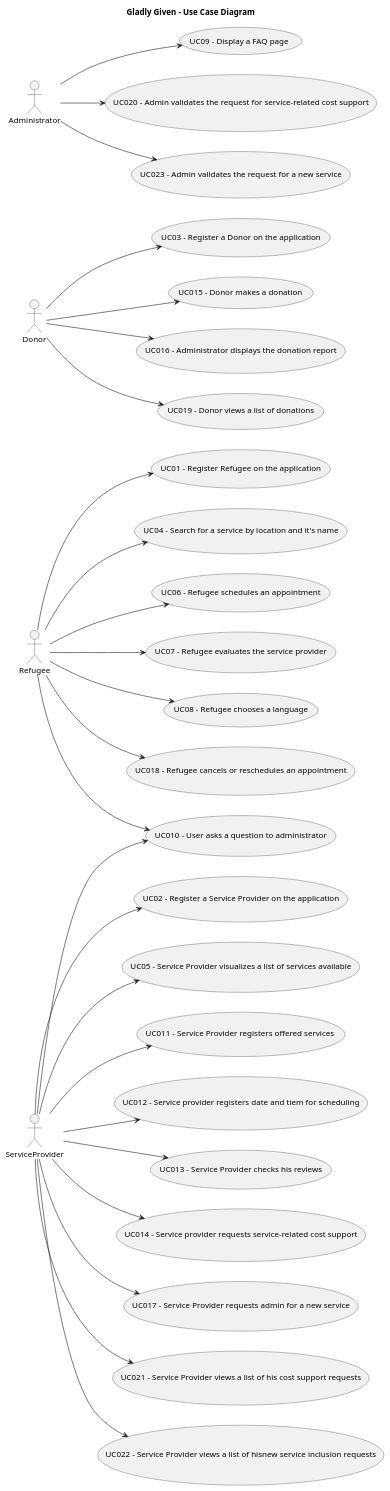
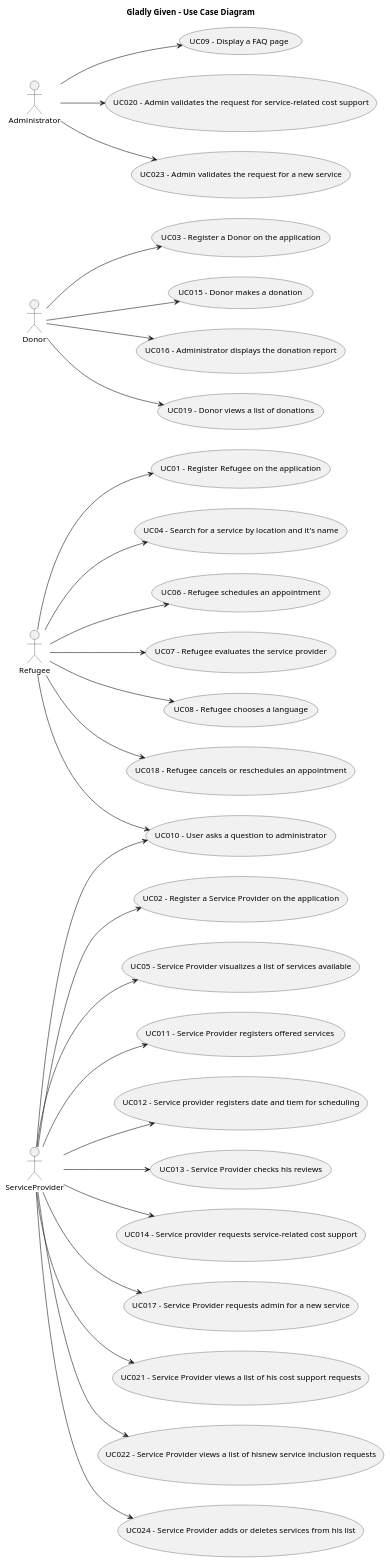
The diagram in javaSprint2GladlyGiven/Docs/Use Case Diagram.puml (Chirano/GladlyGiven), drawn with PlantUML before and after one commit. The commit also changed 10 other files, not shown here.

```diff
--- a/javaSprint2GladlyGiven/Docs/Use Case Diagram.puml
+++ b/javaSprint2GladlyGiven/Docs/Use Case Diagram.puml
@@ -1,64 +1,66 @@
 @startuml
 'https://plantuml.com/use-case-diagram
 
 left to right direction
 'top to bottom direction
 title Gladly Given - Use Case Diagram
 
 actor "Refugee" as Ref
 actor "Donor" as Don
 actor "ServiceProvider" as Pro
 actor "Administrator" as Adm
 
 usecase "UC01 - Register Refugee on the application" as UC01
 usecase "UC02 - Register a Service Provider on the application" as UC02
 usecase "UC03 - Register a Donor on the application" as UC03
 usecase "UC04 - Search for a service by location and it's name" as UC04
 usecase "UC05 - Service Provider visualizes a list of services available" as UC05
 usecase "UC06 - Refugee schedules an appointment" as UC06
 usecase "UC07 - Refugee evaluates the service provider" as UC07
 usecase "UC08 - Refugee chooses a language" as UC08
 usecase "UC09 - Display a FAQ page" as UC09
 usecase "UC010 - User asks a question to administrator" as UC010
 usecase "UC011 - Service Provider registers offered services " as UC011
 usecase "UC012 - Service provider registers date and tiem for scheduling" as UC012
 usecase "UC013 - Service Provider checks his reviews" as UC013
 usecase "UC014 - Service provider requests service-related cost support" as UC014
 usecase "UC015 - Donor makes a donation" as UC015
 usecase "UC016 - Administrator displays the donation report" as UC016
 usecase "UC017 - Service Provider requests admin for a new service" as UC017
 usecase "UC018 - Refugee cancels or reschedules an appointment" as UC018
 usecase "UC019 - Donor views a list of donations" as UC019
 usecase "UC020 - Admin validates the request for service-related cost support" as UC020
 usecase "UC021 - Service Provider views a list of his cost support requests" as UC021
 usecase "UC022 - Service Provider views a list of hisnew service inclusion requests" as UC022
 usecase "UC023 - Admin validates the request for a new service" as UC023
+usecase "UC024 - Service Provider adds or deletes services from his list" as UC024
 
 
 
 Ref -down-> UC01
 Pro -down-> UC02
 Don -down-> UC03
 Ref -down-> UC04
 Pro -down-> UC05
 Ref -down-> UC06
 Ref -down-> UC07
 Ref -down-> UC08
 Adm -down-> UC09
 Ref -down-> UC010
 Pro -down-> UC010
 Pro -down-> UC011
 Pro -down-> UC012
 Pro -down-> UC013
 Pro -down-> UC014
 Don -down-> UC015
 Don -down-> UC016
 Pro -down-> UC017
 Ref -down-> UC018
 Don -down-> UC019
 Adm -down-> UC020
 Pro -down-> UC021
 Pro -down-> UC022
 Adm -down-> UC023
+Pro -down-> UC024
 
 @enduml
```
